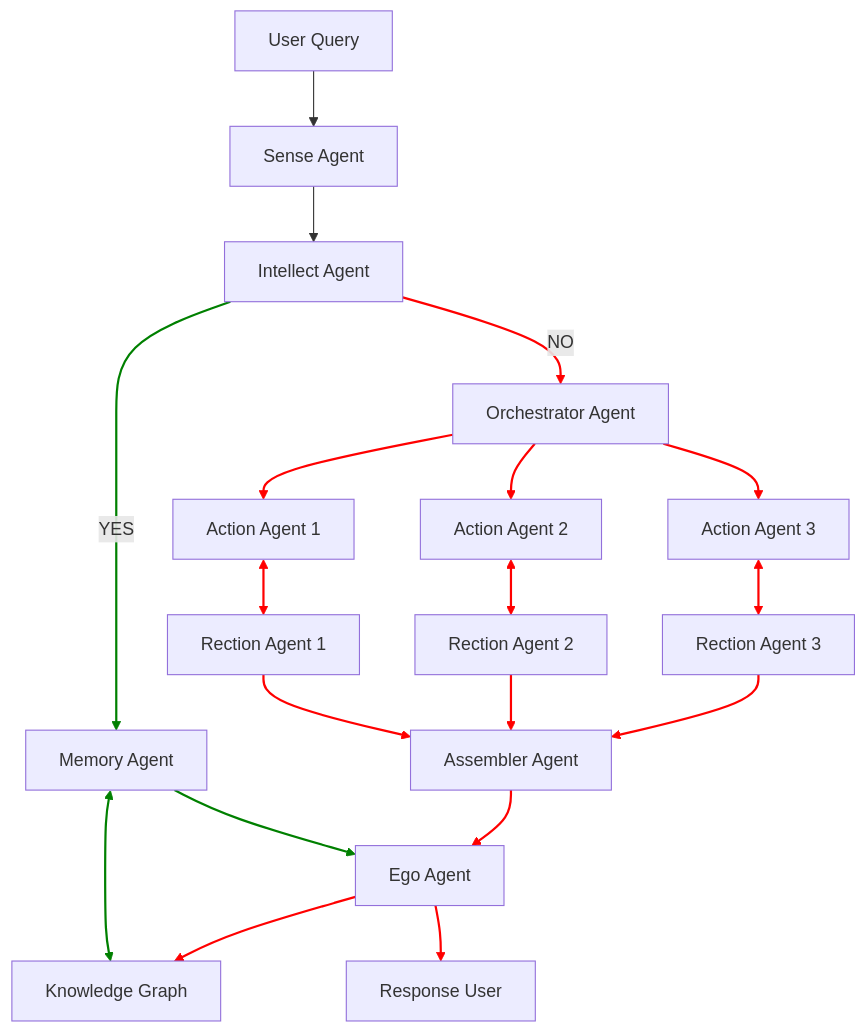
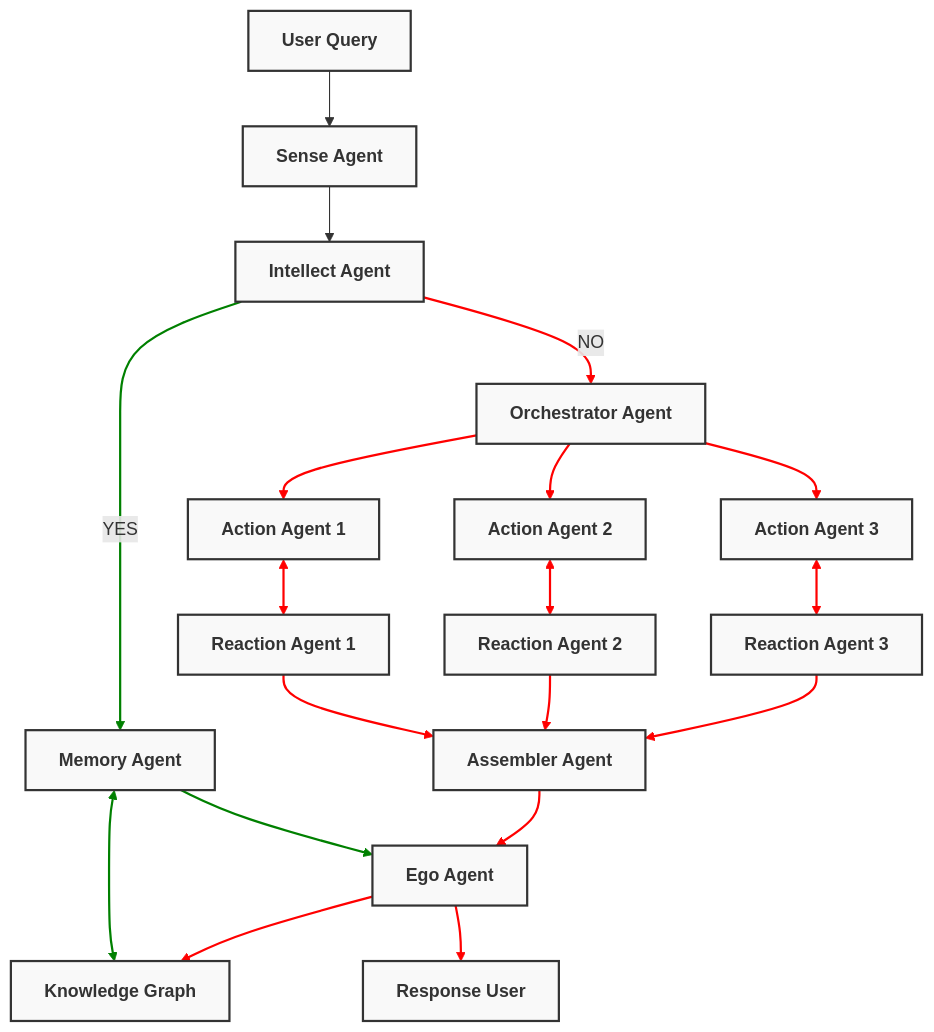
Before and after one commit to Mindverse-Computing/algoverse: the diagram in README.md, drawn with Mermaid.

````diff
--- a/README.md
+++ b/README.md
@@ -78,41 +78,42 @@
 ```mermaid
 graph TD
-  A[User Query] --> S[Sense Agent]
-  S --> I[Intellect Agent]
-  I -- YES --> M[Memory Agent]
-  M <--> G[Knowledge Graph]
-  M --> E[Ego Agent]
-  I -- NO --> O[Orchestrator Agent]
-  O --> A1[Action Agent 1]
-  O --> A2[Action Agent 2]
-  O --> A3[Action Agent 3]
-  A1 <--> R1[Rection Agent 1]
-  A2 <--> R2[Rection Agent 2]
-  A3 <--> R3[Rection Agent 3]
-  R1 --> AA[Assembler Agent]
-  R2 --> AA[Assembler Agent]
-  R3 --> AA[Assembler Agent]
-  AA --> E[Ego Agent]
-  E --> G[Knowledge Graph]
-  E --> U[Response User]
+  A[User Query]:::big --> S[Sense Agent]:::big
+  S --> I[Intellect Agent]:::big
+  I -- YES --> M[Memory Agent]:::big
+  M <--> G[Knowledge Graph]:::big
+  M --> E[Ego Agent]:::big
+  I -- NO --> O[Orchestrator Agent]:::big
+  O --> A1[Action Agent 1]:::big
+  O --> A2[Action Agent 2]:::big
+  O --> A3[Action Agent 3]:::big
+  A1 <--> R1[Reaction Agent 1]:::big
+  A2 <--> R2[Reaction Agent 2]:::big
+  A3 <--> R3[Reaction Agent 3]:::big
+  R1 --> AA[Assembler Agent]:::big
+  R2 --> AA
+  R3 --> AA
+  AA --> E
+  E --> G
+  E --> U[Response User]:::big
 
-  %% Styling green paths (YES path)
+
   linkStyle 2 stroke:green,stroke-width:2px      
   linkStyle 3 stroke:green,stroke-width:2px      
   linkStyle 4 stroke:green,stroke-width:2px      
 
-  %% Styling red paths (NO path)
   linkStyle 5 stroke:red,stroke-width:2px       
   linkStyle 6 stroke:red,stroke-width:2px        
   linkStyle 7 stroke:red,stroke-width:2px        
   linkStyle 8 stroke:red,stroke-width:2px        
   linkStyle 9 stroke:red,stroke-width:2px        
   linkStyle 10 stroke:red,stroke-width:2px       
   linkStyle 11 stroke:red,stroke-width:2px       
   linkStyle 12 stroke:red,stroke-width:2px       
   linkStyle 13 stroke:red,stroke-width:2px       
   linkStyle 14 stroke:red,stroke-width:2px       
   linkStyle 15 stroke:red,stroke-width:2px       
   linkStyle 16 stroke:red,stroke-width:2px       
   linkStyle 17 stroke:red,stroke-width:2px       
+
+  classDef big fill:#f9f9f9,stroke:#333,stroke-width:2px,font-size:16px,font-weight:bold;       
 ```
````
